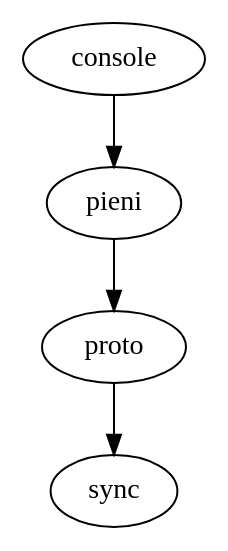
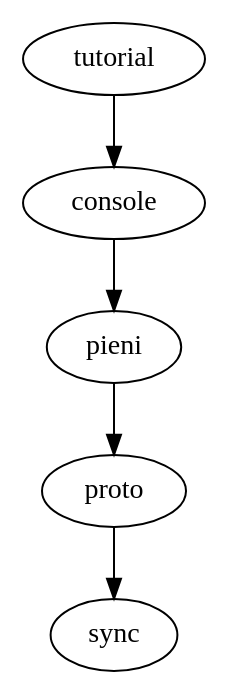
One commit to sagittar-org/pieni changed the diagram in misc/dependency.dot. Above: the diagram before and after it, drawn with Graphviz.

Commit message:
2018-05-17 19:05:49

```diff
--- a/misc/dependency.dot
+++ b/misc/dependency.dot
@@ -1,5 +1,6 @@
 digraph dependency {
+	tutorial -> console;
 	console -> pieni;
 	pieni -> proto;
 	proto -> sync;
 }
```
